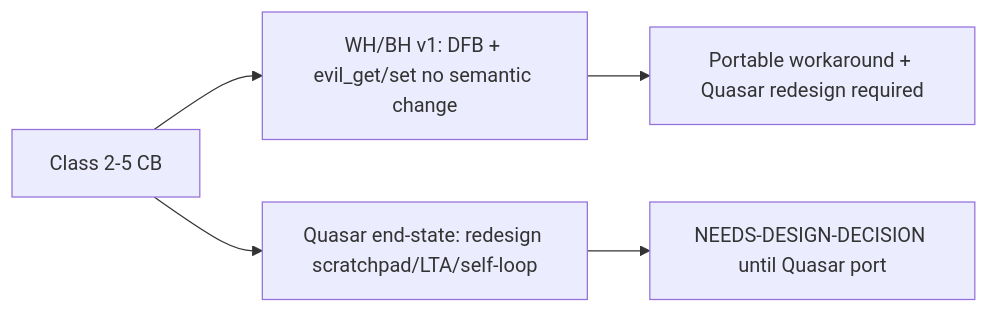
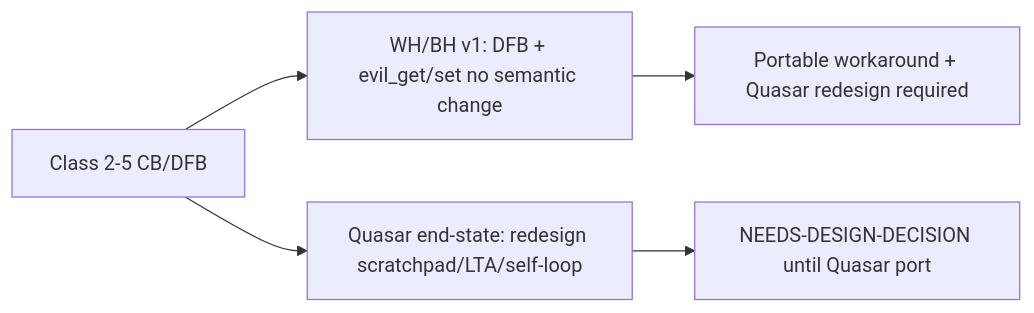
One commit to ZacLou/tt-metal changed the first of 2 diagrams in docs/source/tt-metalium/tt_metal/apis/host_apis/metal_2.0/ai/audit/cb_dfb_quasar_audit_helper.md. Above: the diagram before and after it, drawn with Mermaid. The commit also changed other lines of this file and 3 other files, not shown here.

````diff
--- a/docs/source/tt-metalium/tt_metal/apis/host_apis/metal_2.0/ai/audit/cb_dfb_quasar_audit_helper.md
+++ b/docs/source/tt-metalium/tt_metal/apis/host_apis/metal_2.0/ai/audit/cb_dfb_quasar_audit_helper.md
@@ -64,7 +105,7 @@
 ```mermaid
 flowchart LR
-  class25[Class 2-5 CB] --> v1["WH/BH v1: DFB + evil_get/set no semantic change"]
+  class25[Class 2-5 CB/DFB] --> v1["WH/BH v1: DFB + evil_get/set no semantic change"]
   class25 --> qsr["Quasar end-state: redesign scratchpad/LTA/self-loop"]
   v1 --> flag["Portable workaround + Quasar redesign required"]
   qsr --> design["NEEDS-DESIGN-DECISION until Quasar port"]
 ```
````
